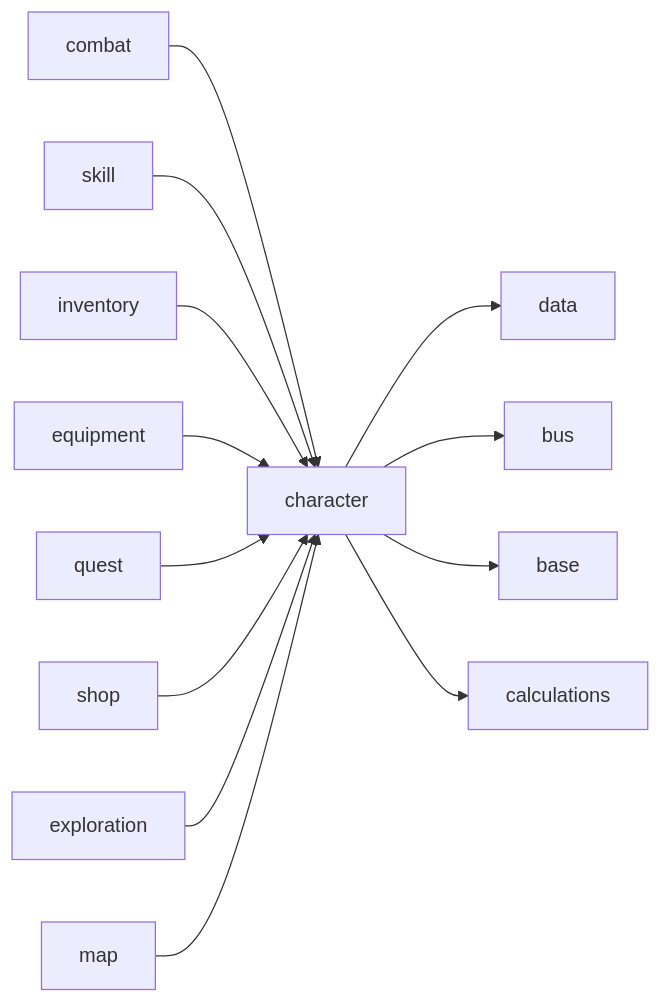
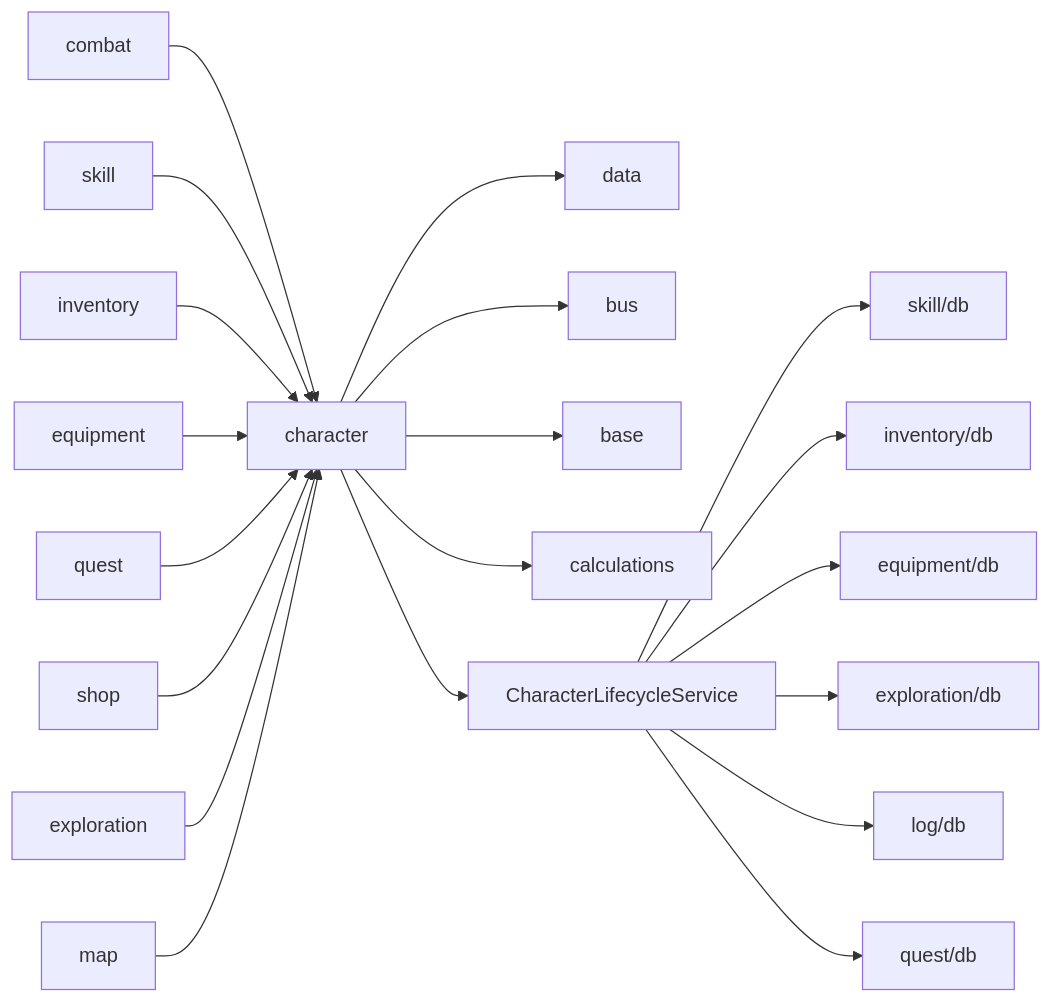
Before and after one commit to SonDemigods/wow_dnd: the sixth of 10 diagrams in doc/project/DEPENDENCY_GRAPH.md, drawn with Mermaid. The commit also changed other lines of this file and 4 other files, not shown here.

````diff
--- a/doc/project/DEPENDENCY_GRAPH.md
+++ b/doc/project/DEPENDENCY_GRAPH.md
@@ -393,16 +460,24 @@
 ```mermaid
 graph LR
     character --> data
     character --> bus
     character --> base
     character --> calculations
+    character --> characterLifecycle[CharacterLifecycleService]
+
+    characterLifecycle --> skill_db[skill/db]
+    characterLifecycle --> inventory_db[inventory/db]
+    characterLifecycle --> equipment_db[equipment/db]
+    characterLifecycle --> exploration_db[exploration/db]
+    characterLifecycle --> log_db[log/db]
+    characterLifecycle --> quest_db[quest/db]
 
     combat --> character
     skill --> character
     inventory --> character
     equipment --> character
     quest --> character
     shop --> character
     exploration --> character
     map --> character
 ```
````
